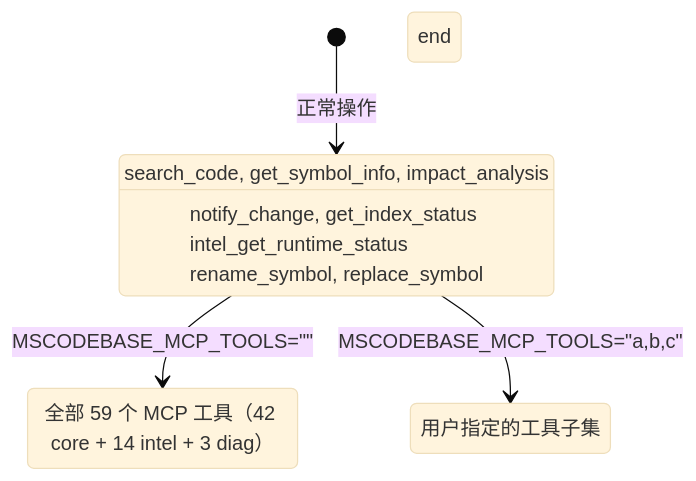
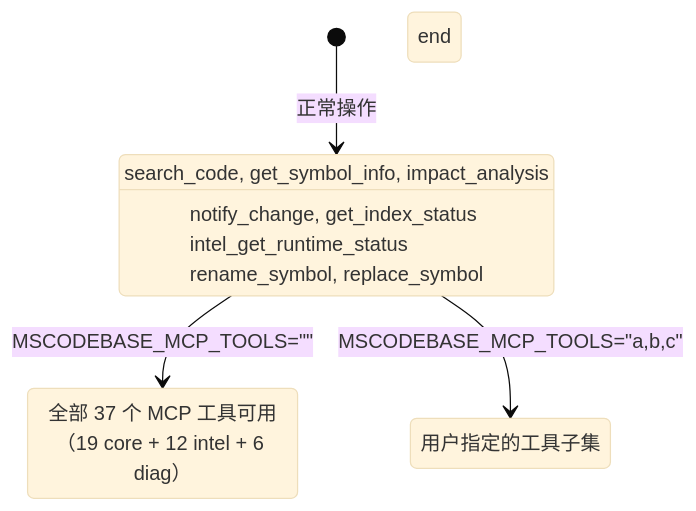
Before and after one commit to ManSio/mscodebase-intelligence: the third of 4 diagrams in docs/zh/GRACEFUL_DEGRADATION.md, drawn with Mermaid (base theme). The commit also changed other lines of this file and 50 other files, not shown here.

````diff
--- a/docs/zh/GRACEFUL_DEGRADATION.md
+++ b/docs/zh/GRACEFUL_DEGRADATION.md
@@ -81,22 +83,22 @@
 ```mermaid
 stateDiagram-v2
     [*] --> DEFAULT_TOOLS: 正常操作
 
     state DEFAULT_TOOLS[可见: 12 个工具]
         DEFAULT_TOOLS: search_code, get_symbol_info, impact_analysis
         DEFAULT_TOOLS: notify_change, get_index_status
         DEFAULT_TOOLS: intel_get_runtime_status
         DEFAULT_TOOLS: rename_symbol, replace_symbol
     end
 
     DEFAULT_TOOLS --> ALL_TOOLS: MSCODEBASE_MCP_TOOLS=""
     DEFAULT_TOOLS --> CUSTOM_TOOLS: MSCODEBASE_MCP_TOOLS="a,b,c"
 
-    state ALL_TOOLS[可见: 59 个工具]
-        ALL_TOOLS: 全部 59 个 MCP 工具（42 core + 14 intel + 3 diag）
+    state ALL_TOOLS[可见: 37 个工具]
+        ALL_TOOLS: 全部 37 个 MCP 工具可用（19 core + 12 intel + 6 diag）
     end
 
     state CUSTOM_TOOLS[自定义选择]
         CUSTOM_TOOLS: 用户指定的工具子集
     end
 ```
````
